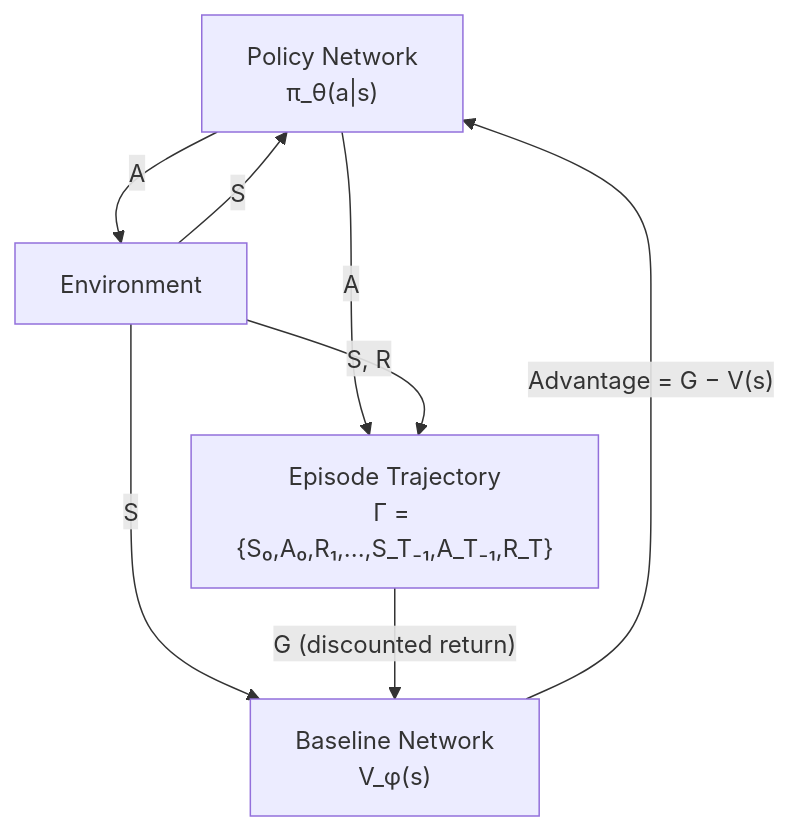
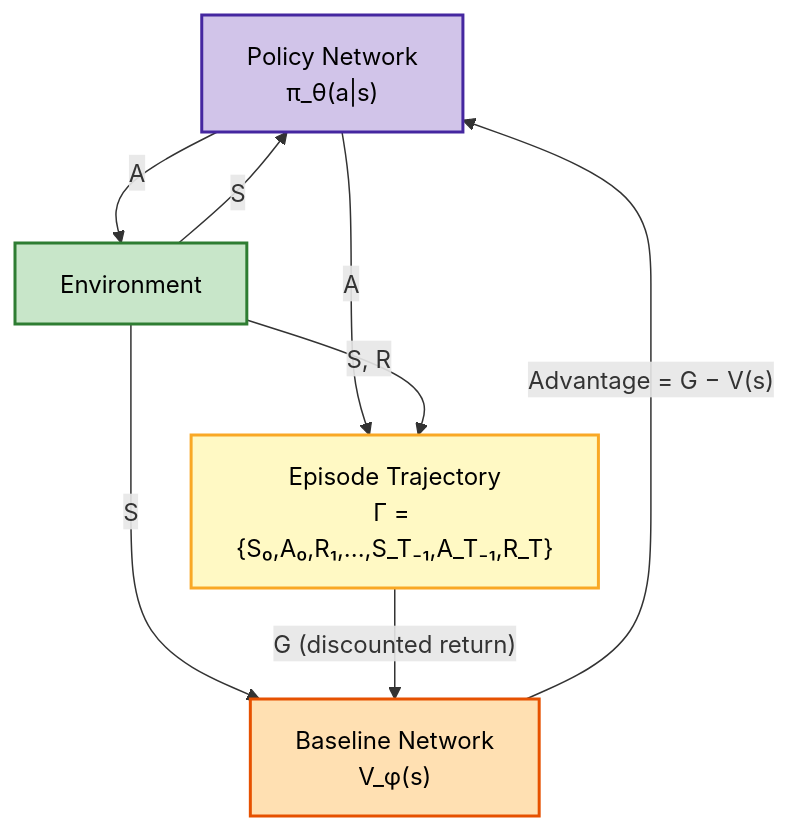
Before and after one commit to Open-Source-Robotics-For-Myanmar/rl: the third of 3 diagrams in rl_code/docker/05_vpg/README.md, drawn with Mermaid. The commit also changed other lines of this file and 1 other file, not shown here.

````diff
--- a/rl_code/docker/05_vpg/README.md
+++ b/rl_code/docker/05_vpg/README.md
@@ -32,15 +56,25 @@
 ```mermaid
 flowchart TD
     PN["Policy Network<br/>π_θ(a|s)"]
     BN["Baseline Network<br/>V_φ(s)"]
     ENV["Environment"]
     TRAJ["Episode Trajectory<br/>Γ = {S₀,A₀,R₁,...,S_T₋₁,A_T₋₁,R_T}"]
 
     ENV -- "S" --> PN
     ENV -- "S" --> BN
     PN -- "A" --> ENV
     PN -- "A" --> TRAJ
     ENV -- "S, R" --> TRAJ
     TRAJ -- "G (discounted return)" --> BN
     BN -- "Advantage = G − V(s)" --> PN
+
+    classDef policyStyle fill:#d1c4e9,stroke:#4527a0,stroke-width:2px,color:#000
+    classDef baselineStyle fill:#ffe0b2,stroke:#e65100,stroke-width:2px,color:#000
+    classDef envStyle fill:#c8e6c9,stroke:#2e7d32,stroke-width:2px,color:#000
+    classDef trajStyle fill:#fff9c4,stroke:#f9a825,stroke-width:2px,color:#000
+
+    class PN policyStyle
+    class BN baselineStyle
+    class ENV envStyle
+    class TRAJ trajStyle
 ```
````
